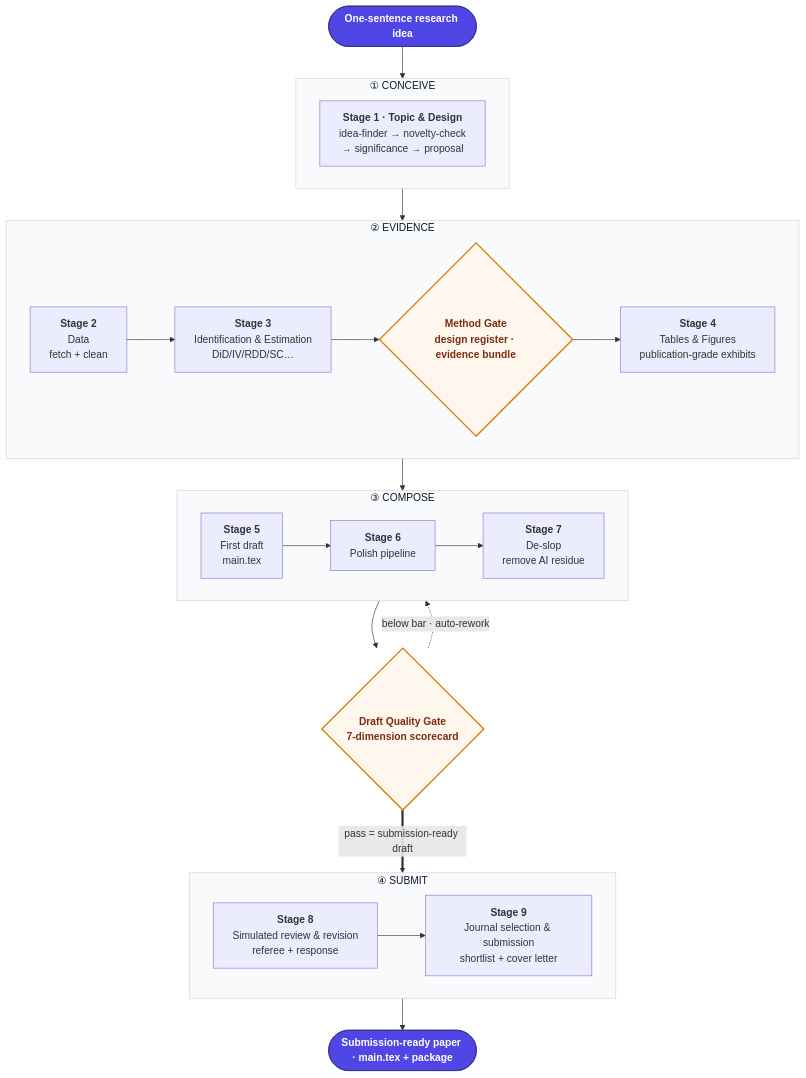
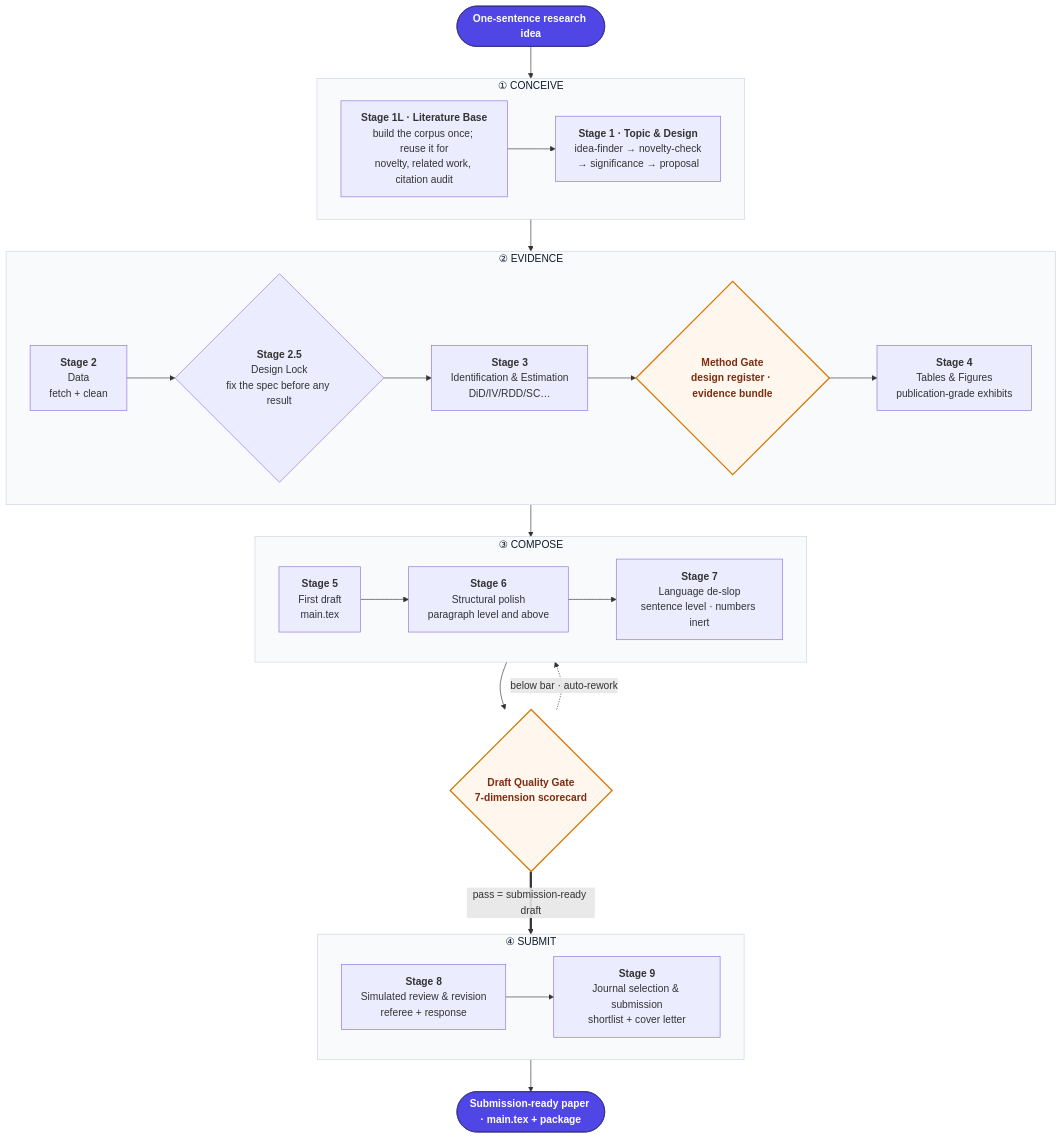
The diagram in README.en.md (brycewang-stanford/Paper-WorkFlow), drawn with Mermaid before and after one commit. The commit also changed other lines of this file and 27 other files, not shown here.

First line of the commit message:
feat(flow): close eight ordering holes — Stage 1L/2.5, number gate, preconditions, scope

````diff
--- a/README.en.md
+++ b/README.en.md
@@ -75,39 +77,41 @@
 ```mermaid
 flowchart TD
     IDEA(["One-sentence research idea"]):::io
     IDEA --> A
 
     subgraph A ["① CONCEIVE"]
       direction LR
       S1["<b>Stage 1 · Topic & Design</b><br/>idea-finder → novelty-check<br/>→ significance → proposal"]
+      S1L["<b>Stage 1L · Literature Base</b><br/>build the corpus once; reuse it for<br/>novelty, related work, citation audit"]
+      S1L --> S1
     end
 
     subgraph B ["② EVIDENCE"]
       direction LR
-      S2["<b>Stage 2</b><br/>Data<br/>fetch + clean"] --> S3["<b>Stage 3</b><br/>Identification & Estimation<br/>DiD/IV/RDD/SC…"] --> MG{"Method Gate<br/>design register · evidence bundle"} --> S4["<b>Stage 4</b><br/>Tables & Figures<br/>publication-grade exhibits"]
+      S2["<b>Stage 2</b><br/>Data<br/>fetch + clean"] --> S25{"<b>Stage 2.5</b><br/>Design Lock<br/>fix the spec before any result"} --> S3["<b>Stage 3</b><br/>Identification & Estimation<br/>DiD/IV/RDD/SC…"] --> MG{"Method Gate<br/>design register · evidence bundle"} --> S4["<b>Stage 4</b><br/>Tables & Figures<br/>publication-grade exhibits"]
     end
 
     subgraph C ["③ COMPOSE"]
       direction LR
-      S5["<b>Stage 5</b><br/>First draft<br/>main.tex"] --> S6["<b>Stage 6</b><br/>Polish pipeline"] --> S7["<b>Stage 7</b><br/>De-slop<br/>remove AI residue"]
+      S5["<b>Stage 5</b><br/>First draft<br/>main.tex"] --> S6["<b>Stage 6</b><br/>Structural polish<br/>paragraph level and above"] --> S7["<b>Stage 7</b><br/>Language de-slop<br/>sentence level · numbers inert"]
     end
 
     subgraph D ["④ SUBMIT"]
       direction LR
       S8["<b>Stage 8</b><br/>Simulated review & revision<br/>referee + response"] --> S9["<b>Stage 9</b><br/>Journal selection & submission<br/>shortlist + cover letter"]
     end
 
     A --> B --> C
     C --> QG{"Draft Quality Gate<br/>7-dimension scorecard"}
     QG -.->|below bar · auto-rework| C
     QG ==>|pass = submission-ready draft| D
     D --> PAPER(["Submission-ready paper · main.tex + package"]):::io
 
     classDef io fill:#4F46E5,stroke:#312E81,color:#fff,font-weight:bold;
     classDef gate fill:#FFF7ED,stroke:#D97706,color:#7C2D12,font-weight:bold,stroke-width:2px;
     class MG,QG gate;
     style A fill:#F8FAFC,stroke:#CBD5E1,color:#0F172A
     style B fill:#F8FAFC,stroke:#CBD5E1,color:#0F172A
     style C fill:#F8FAFC,stroke:#CBD5E1,color:#0F172A
     style D fill:#F8FAFC,stroke:#CBD5E1,color:#0F172A
 ```
````
